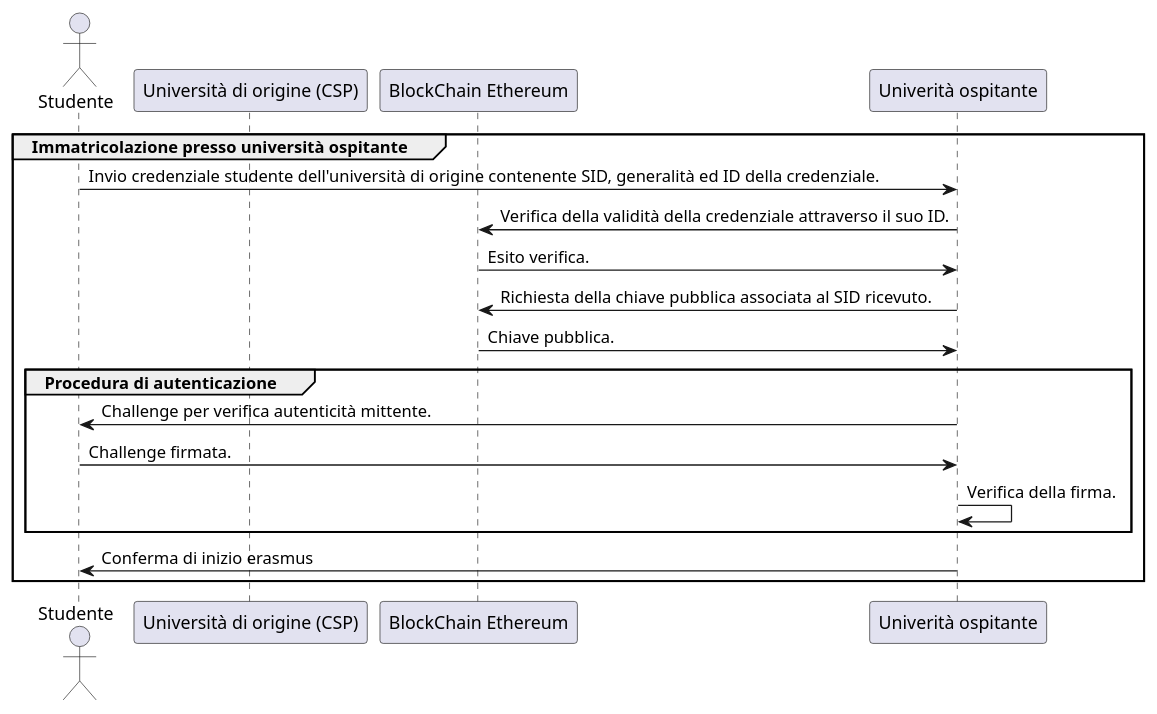
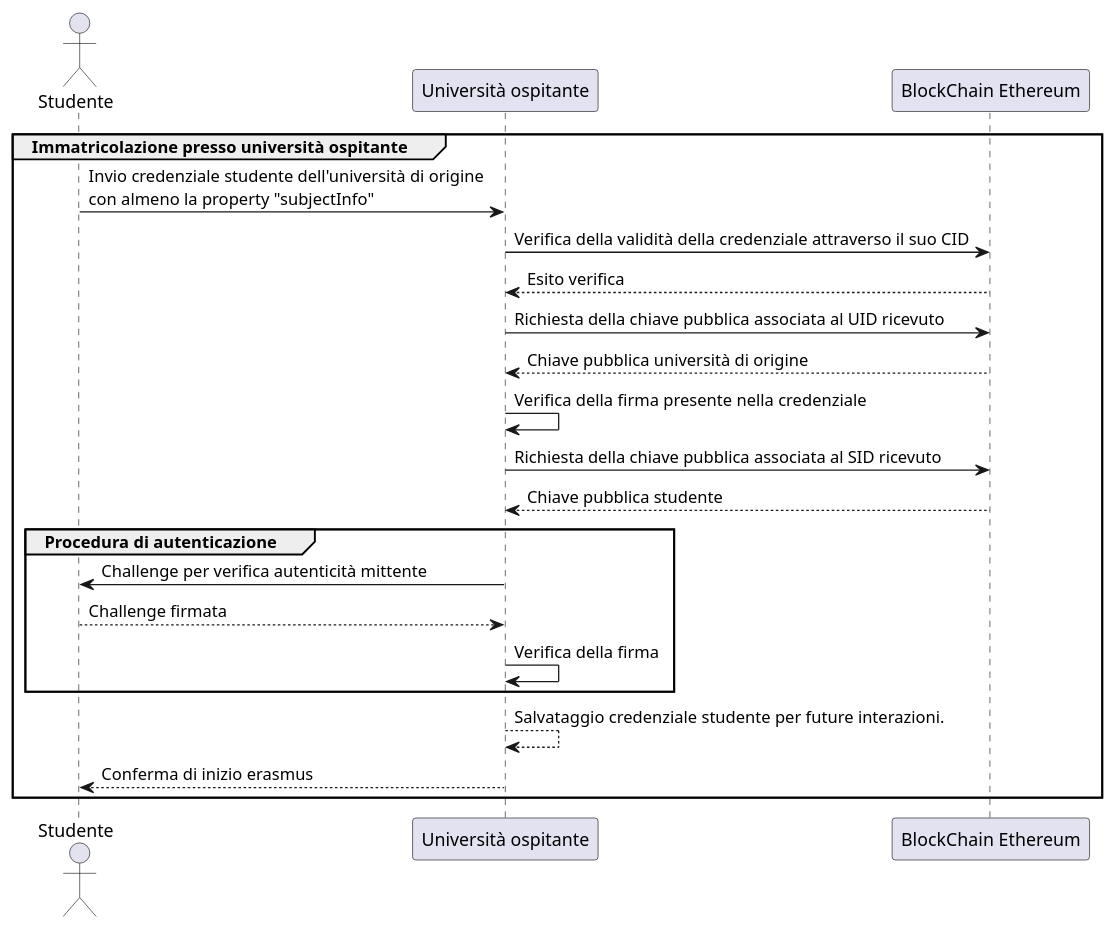
The diagram in UML/ImmatricolazioneEstera.puml (antocarbone/ProjectWorkAPS), drawn with PlantUML before and after one commit. The commit also changed 18 other files, not shown here.

```diff
--- a/UML/ImmatricolazioneEstera.puml
+++ b/UML/ImmatricolazioneEstera.puml
@@ -1,23 +1,32 @@
-@startuml ImmatricolazioneEstera
-    actor Studente as s
-    participant "Università di origine (CSP)" as uorigin
-    participant "BlockChain Ethereum" as ether
-    participant "Univerità ospitante" as uosp
+@startuml Immatricolazione Estera
 
-    group Immatricolazione presso università ospitante
-        s -> uosp : Invio credenziale studente dell'università di origine contenente SID, generalità ed ID della credenziale.
-        uosp -> ether : Verifica della validità della credenziale attraverso il suo ID.
-        ether -> uosp : Esito verifica.
+actor Studente
 
-        uosp -> ether : Richiesta della chiave pubblica associata al SID ricevuto.
-        ether -> uosp : Chiave pubblica.
+participant "Università ospitante" as UniOspitante
+participant "BlockChain Ethereum" as Blockchain
 
-        group Procedura di autenticazione
-            uosp -> s : Challenge per verifica autenticità mittente.
-            s -> uosp : Challenge firmata.
-            uosp -> uosp : Verifica della firma.
-        end
+group Immatricolazione presso università ospitante
 
-        uosp -> s : Conferma di inizio erasmus
-    end
+   Studente -> UniOspitante : Invio credenziale studente dell'università di origine\ncon almeno la property "subjectInfo"
+   UniOspitante -> Blockchain : Verifica della validità della credenziale attraverso il suo CID
+   Blockchain --> UniOspitante : Esito verifica
+   UniOspitante -> Blockchain : Richiesta della chiave pubblica associata al UID ricevuto
+   Blockchain --> UniOspitante : Chiave pubblica università di origine
+   UniOspitante -> UniOspitante : Verifica della firma presente nella credenziale
+   UniOspitante -> Blockchain : Richiesta della chiave pubblica associata al SID ricevuto
+   Blockchain --> UniOspitante : Chiave pubblica studente
+
+   group Procedura di autenticazione
+
+      UniOspitante -> Studente : Challenge per verifica autenticità mittente
+      Studente --> UniOspitante : Challenge firmata
+      UniOspitante -> UniOspitante : Verifica della firma
+
+   end
+
+UniOspitante --> UniOspitante : Salvataggio credenziale studente per future interazioni.
+UniOspitante --> Studente : Conferma di inizio erasmus
+
+end
+
 @enduml
```
